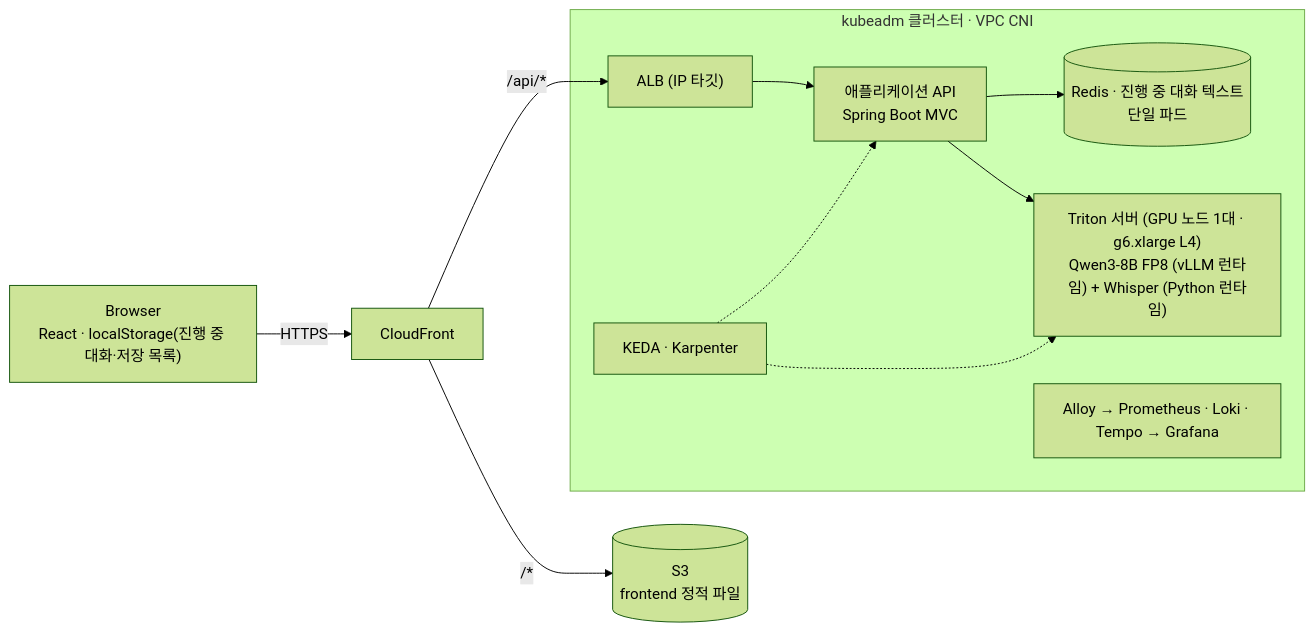
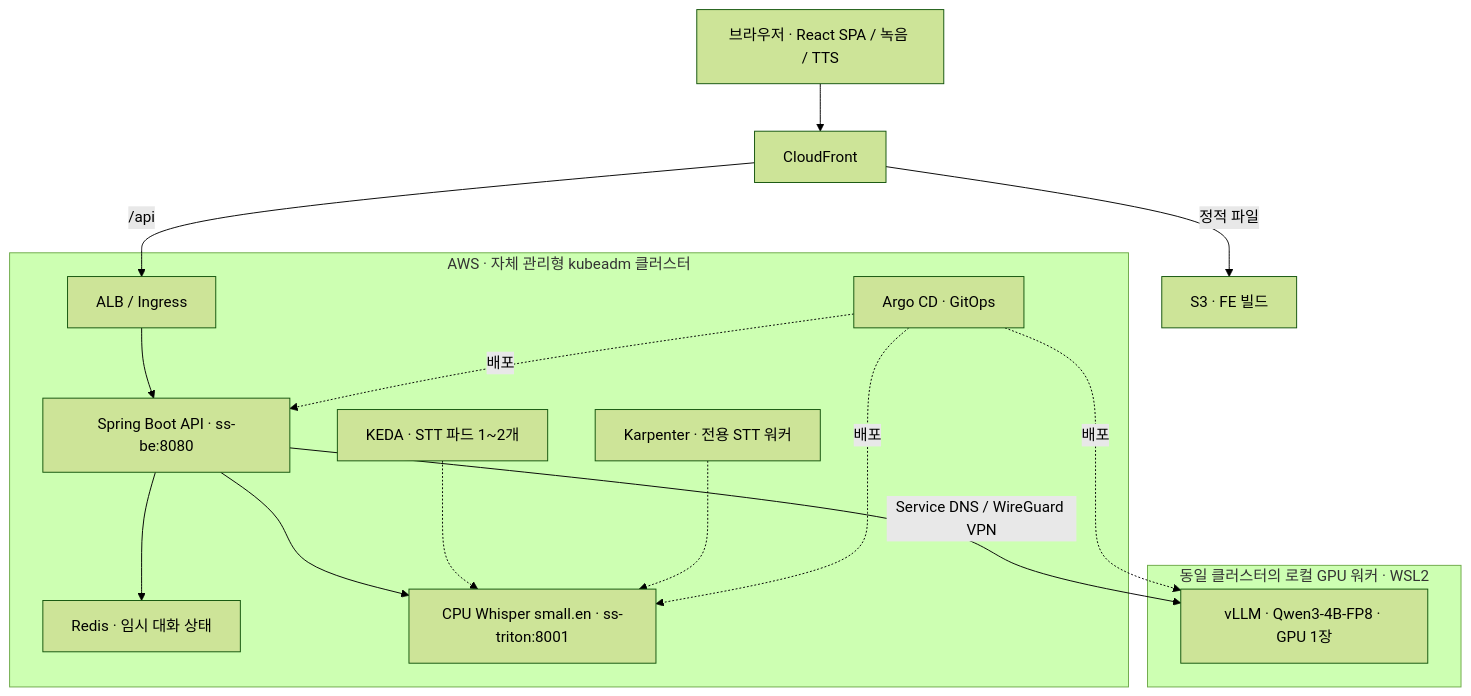
The second of 3 diagrams in english-speaking-prd-architecture-v1.md (say-scene/ss-docs), drawn with Mermaid (forest theme) before and after one commit. The commit also changed other lines of this file and 2 other files, not shown here.

Commit message:
docs: refresh product architecture and repository guides

````diff
--- a/english-speaking-prd-architecture-v1.md
+++ b/english-speaking-prd-architecture-v1.md
@@ -201,14 +91,21 @@
 ```mermaid
-flowchart LR
-  B["Browser<br/>React · localStorage(진행 중 대화·저장 목록)"] -->|HTTPS| CF[CloudFront]
-  CF -->|"/*"| S3[("S3<br/>frontend 정적 파일")]
-  CF -->|"/api/*"| ALB["ALB (IP 타깃)"]
-  subgraph K8S["kubeadm 클러스터 · VPC CNI"]
-    ALB --> BE["애플리케이션 API<br/>Spring Boot MVC"]
-    BE --> R[("Redis · 진행 중 대화 텍스트<br/>단일 파드")]
-    BE --> TRT["Triton 서버 (GPU 노드 1대 · g6.xlarge L4)<br/>Qwen3-8B FP8 (vLLM 런타임) + Whisper (Python 런타임)"]
-    KEDA["KEDA · Karpenter"] -.-> BE
-    KEDA -.-> TRT
-    OBS["Alloy → Prometheus · Loki · Tempo → Grafana"]
-  end
+flowchart TB
+    Browser["브라우저 · React SPA / 녹음 / TTS"] --> CF["CloudFront"]
+    CF -->|"정적 파일"| S3["S3 · FE 빌드"]
+    CF -->|"/api"| ALB["ALB / Ingress"]
+    subgraph AWS["AWS · 자체 관리형 kubeadm 클러스터"]
+        ALB --> BE["Spring Boot API · ss-be:8080"]
+        BE --> Redis["Redis · 임시 대화 상태"]
+        BE --> STT["CPU Whisper small.en · ss-triton:8001"]
+        KEDA["KEDA · STT 파드 1~2개"] -.-> STT
+        Karpenter["Karpenter · 전용 STT 워커"] -.-> STT
+        Argo["Argo CD · GitOps"]
+        Argo -.->|"배포"| BE
+        Argo -.->|"배포"| STT
+    end
+    subgraph Local["동일 클러스터의 로컬 GPU 워커 · WSL2"]
+        LLM["vLLM · Qwen3-4B-FP8 · GPU 1장"]
+    end
+    BE -->|"Service DNS / WireGuard VPN"| LLM
+    Argo -.->|"배포"| LLM
 ```
````
